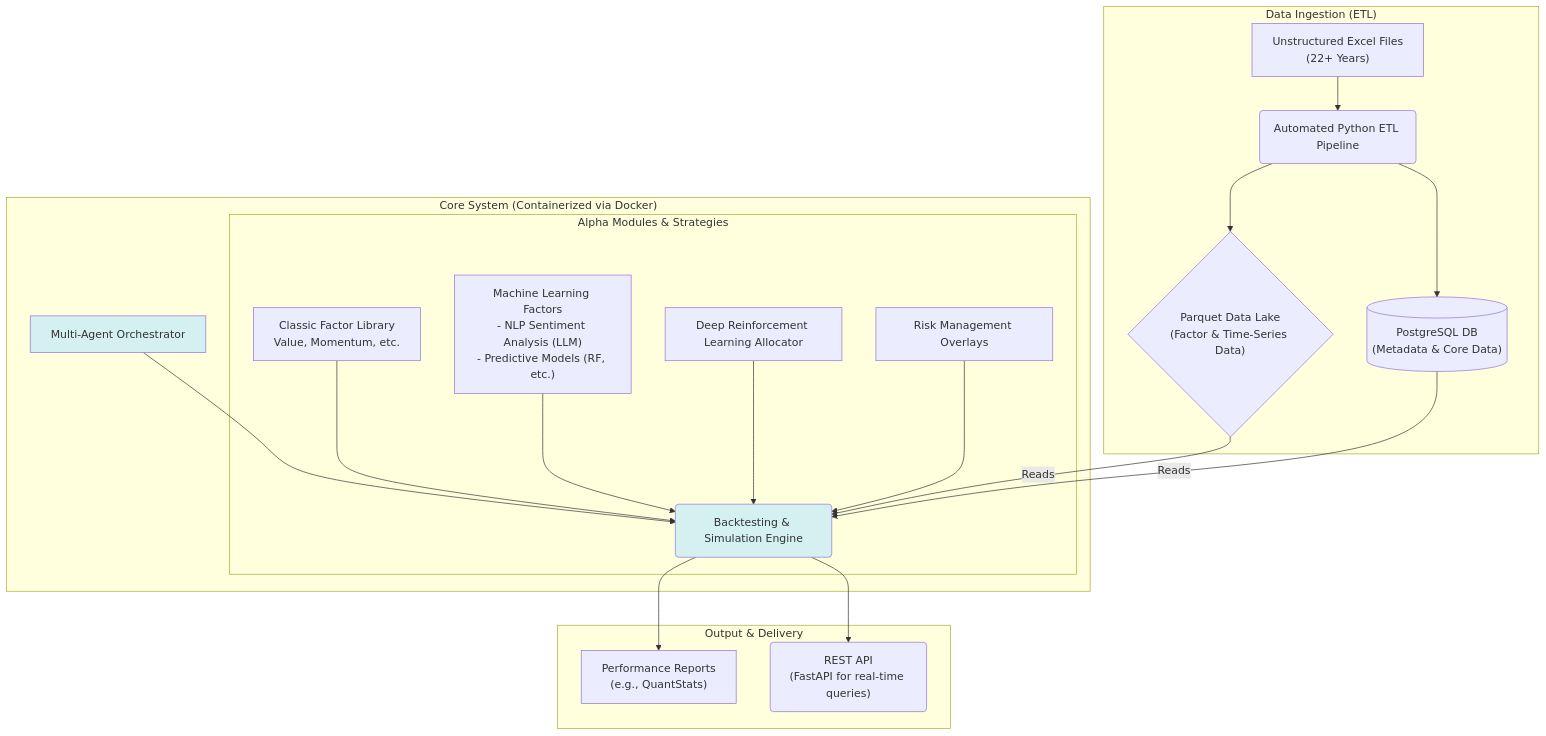
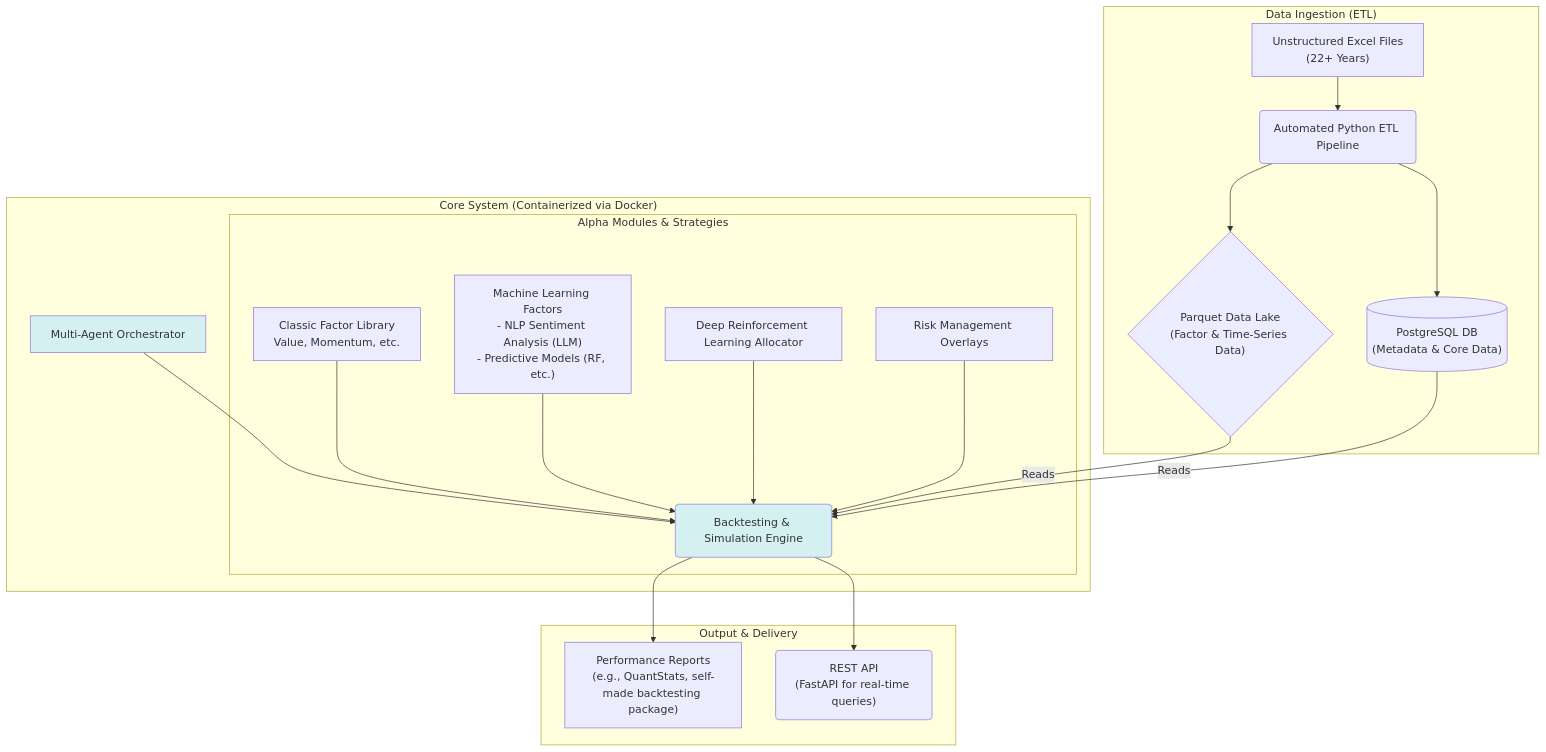
The diagram in README.md (Eric0801/Alphatopian_doc), drawn with Mermaid before and after one commit.

````diff
--- a/README.md
+++ b/README.md
@@ -19,30 +19,30 @@
 ```mermaid
 graph TD
     subgraph "Data Ingestion (ETL)"
         A["Unstructured Excel Files<br/>(22+ Years)"] --> B("Automated Python ETL Pipeline");
         B --> C{"Parquet Data Lake<br/>(Factor & Time-Series Data)"};
         B --> D[("PostgreSQL DB<br/>(Metadata & Core Data)")];
     end
 
     subgraph "Core System (Containerized via Docker)"
         E["Multi-Agent Orchestrator"] --> F("Backtesting & Simulation Engine");
     
         subgraph "Alpha Modules & Strategies"
             G["Classic Factor Library<br/>Value, Momentum, etc."] --> F;
             H["Machine Learning Factors<br/>- NLP Sentiment Analysis (LLM)<br/>- Predictive Models (RF, etc.)"] --> F;
             I["Deep Reinforcement Learning Allocator"] --> F;
             J["Risk Management Overlays"] --> F;
         end
     
         C -- "Reads" --> F;
         D -- "Reads" --> F;
     end
 
     subgraph "Output & Delivery"
-        F --> K["Performance Reports<br/>(e.g., QuantStats)"];
+        F --> K["Performance Reports<br/>(e.g., QuantStats, self-made backtesting package)"];
         F --> L("REST API<br/>(FastAPI for real-time queries)");
     end
 
     style E fill:#d4f0f0
     style F fill:#d4f0f0
 ```
````
